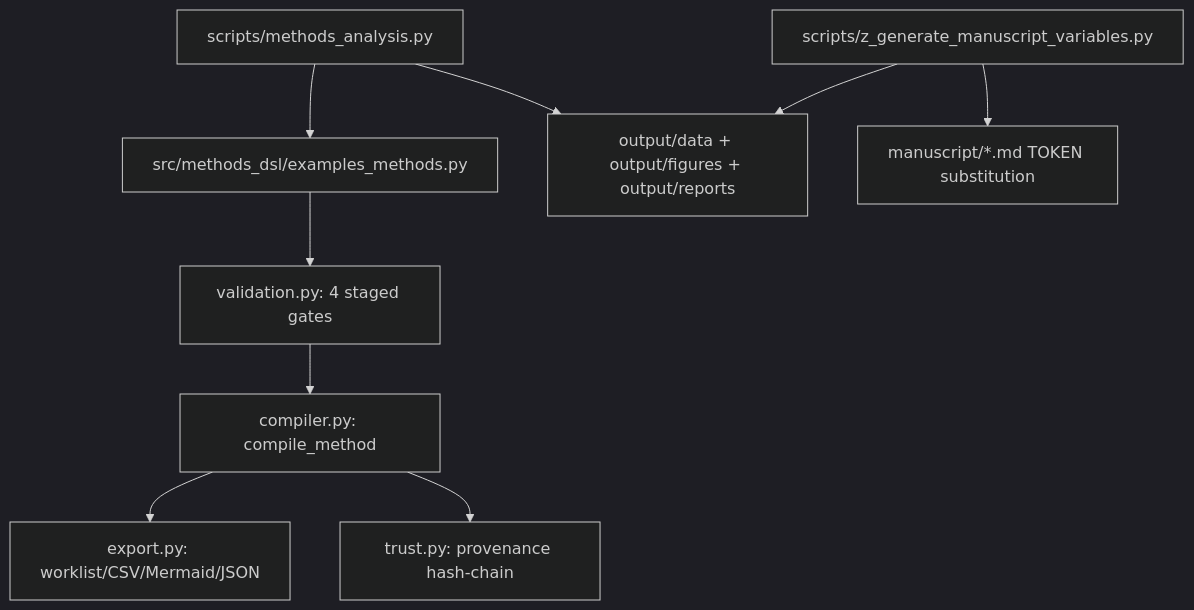
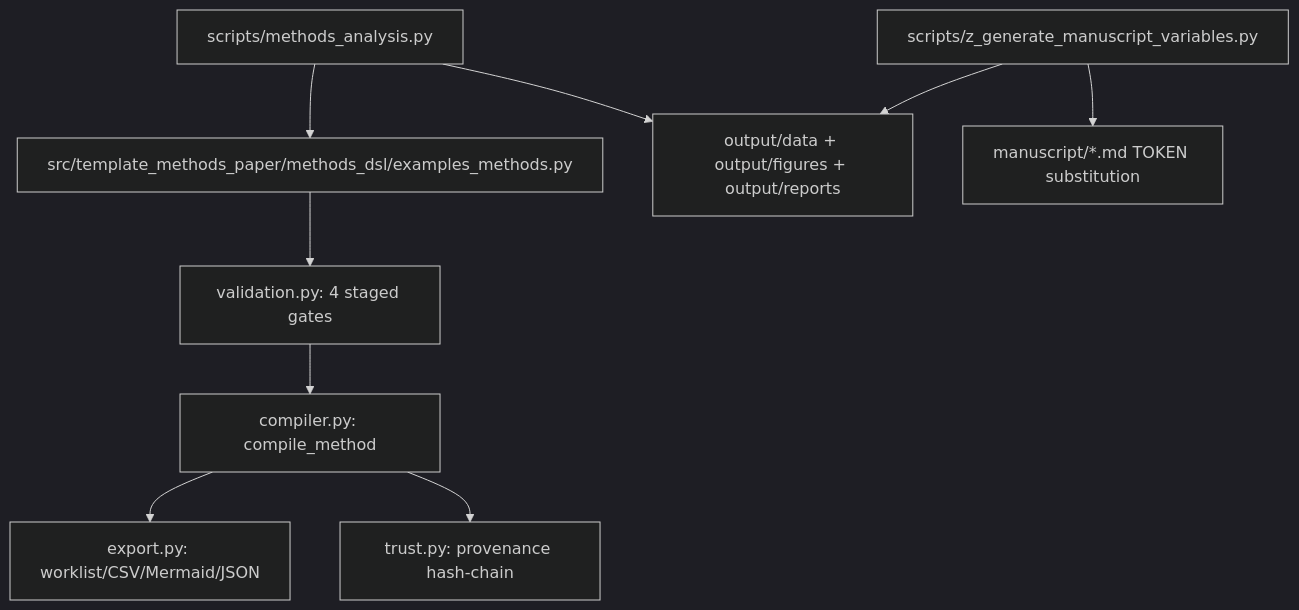
One commit to docxology/template changed the diagram in projects/templates/template_methods_paper/README.md. Above: the diagram before and after it, drawn with Mermaid (dark theme). The commit also changed other lines of this file and 153 other files, not shown here.

````diff
--- a/projects/templates/template_methods_paper/README.md
+++ b/projects/templates/template_methods_paper/README.md
@@ -104,11 +104,11 @@
 ```mermaid
 graph TD
-    M[src/methods_dsl/examples_methods.py] --> V[validation.py: 4 staged gates]
+    M[src/template_methods_paper/methods_dsl/examples_methods.py] --> V[validation.py: 4 staged gates]
     V --> C[compiler.py: compile_method]
     C --> E[export.py: worklist/CSV/Mermaid/JSON]
     C --> T[trust.py: provenance hash-chain]
     SC[scripts/methods_analysis.py] --> M
     SC --> OUT[output/data + output/figures + output/reports]
     MV[scripts/z_generate_manuscript_variables.py] --> OUT
     MV --> MAN[manuscript/*.md TOKEN substitution]
 ```
````
